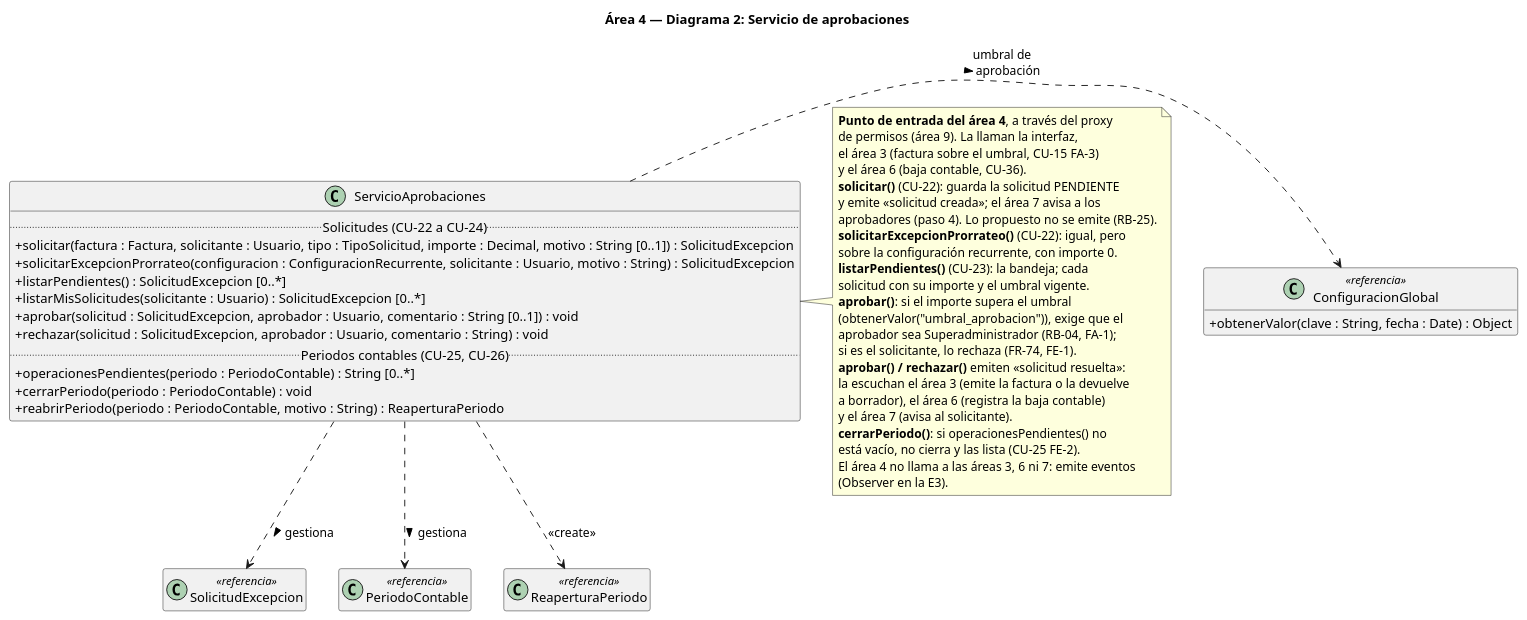
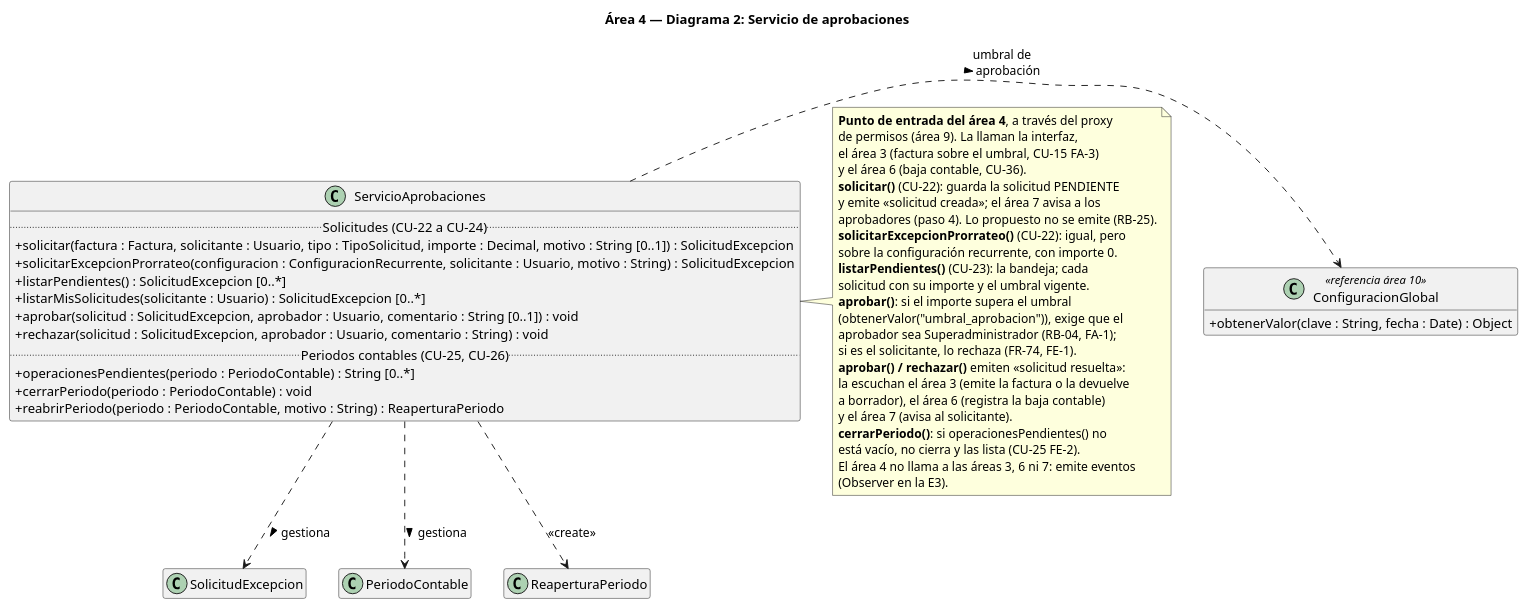
The diagram in Entrega2_GrupoBebes/entrega2/diagramas/clases/area04/area4_2_servicio_aprobaciones.puml (naybetaomar/AyDA-ProyectoBebes), drawn with PlantUML before and after one commit. The commit also changed 23 other files, not shown here.

Commit message:
<<referencia>> pasa a <<referencia área N>>

```diff
--- a/Entrega2_GrupoBebes/entrega2/diagramas/clases/area04/area4_2_servicio_aprobaciones.puml
+++ b/Entrega2_GrupoBebes/entrega2/diagramas/clases/area04/area4_2_servicio_aprobaciones.puml
@@ -1,58 +1,58 @@
 @startuml area4_2_servicio_aprobaciones
 skinparam classAttributeIconSize 0
 hide empty members
 title Área 4 — Diagrama 2: Servicio de aprobaciones
 
 class ServicioAprobaciones {
   .. Solicitudes (CU-22 a CU-24) ..
   + solicitar(factura : Factura, solicitante : Usuario, tipo : TipoSolicitud, importe : Decimal, motivo : String [0..1]) : SolicitudExcepcion
   + solicitarExcepcionProrrateo(configuracion : ConfiguracionRecurrente, solicitante : Usuario, motivo : String) : SolicitudExcepcion
   + listarPendientes() : SolicitudExcepcion [0..*]
   + listarMisSolicitudes(solicitante : Usuario) : SolicitudExcepcion [0..*]
   + aprobar(solicitud : SolicitudExcepcion, aprobador : Usuario, comentario : String [0..1]) : void
   + rechazar(solicitud : SolicitudExcepcion, aprobador : Usuario, comentario : String) : void
   .. Periodos contables (CU-25, CU-26) ..
   + operacionesPendientes(periodo : PeriodoContable) : String [0..*]
   + cerrarPeriodo(periodo : PeriodoContable) : void
   + reabrirPeriodo(periodo : PeriodoContable, motivo : String) : ReaperturaPeriodo
 }
 
-class SolicitudExcepcion <<referencia>>
-class PeriodoContable <<referencia>>
-class ReaperturaPeriodo <<referencia>>
+class SolicitudExcepcion
+class PeriodoContable
+class ReaperturaPeriodo
 
-class ConfiguracionGlobal <<referencia>> {
+class ConfiguracionGlobal <<referencia área 10>> {
   + obtenerValor(clave : String, fecha : Date) : Object
 }
 
 ServicioAprobaciones .down.> SolicitudExcepcion : gestiona >
 ServicioAprobaciones .down.> PeriodoContable : gestiona >
 ServicioAprobaciones .down.> ReaperturaPeriodo : <<create>>
 ServicioAprobaciones .right.> ConfiguracionGlobal : umbral de\naprobación >
 
 note right of ServicioAprobaciones
   **Punto de entrada del área 4**, a través del proxy
   de permisos (área 9). La llaman la interfaz,
   el área 3 (factura sobre el umbral, CU-15 FA-3)
   y el área 6 (baja contable, CU-36).
   **solicitar()** (CU-22): guarda la solicitud PENDIENTE
   y emite «solicitud creada»; el área 7 avisa a los
   aprobadores (paso 4). Lo propuesto no se emite (RB-25).
   **solicitarExcepcionProrrateo()** (CU-22): igual, pero
   sobre la configuración recurrente, con importe 0.
   **listarPendientes()** (CU-23): la bandeja; cada
   solicitud con su importe y el umbral vigente.
   **aprobar()**: si el importe supera el umbral
   (obtenerValor("umbral_aprobacion")), exige que el
   aprobador sea Superadministrador (RB-04, FA-1);
   si es el solicitante, lo rechaza (FR-74, FE-1).
   **aprobar() / rechazar()** emiten «solicitud resuelta»:
   la escuchan el área 3 (emite la factura o la devuelve
   a borrador), el área 6 (registra la baja contable)
   y el área 7 (avisa al solicitante).
   **cerrarPeriodo()**: si operacionesPendientes() no
   está vacío, no cierra y las lista (CU-25 FE-2).
   El área 4 no llama a las áreas 3, 6 ni 7: emite eventos
   (Observer en la E3).
 end note
 @enduml
```
